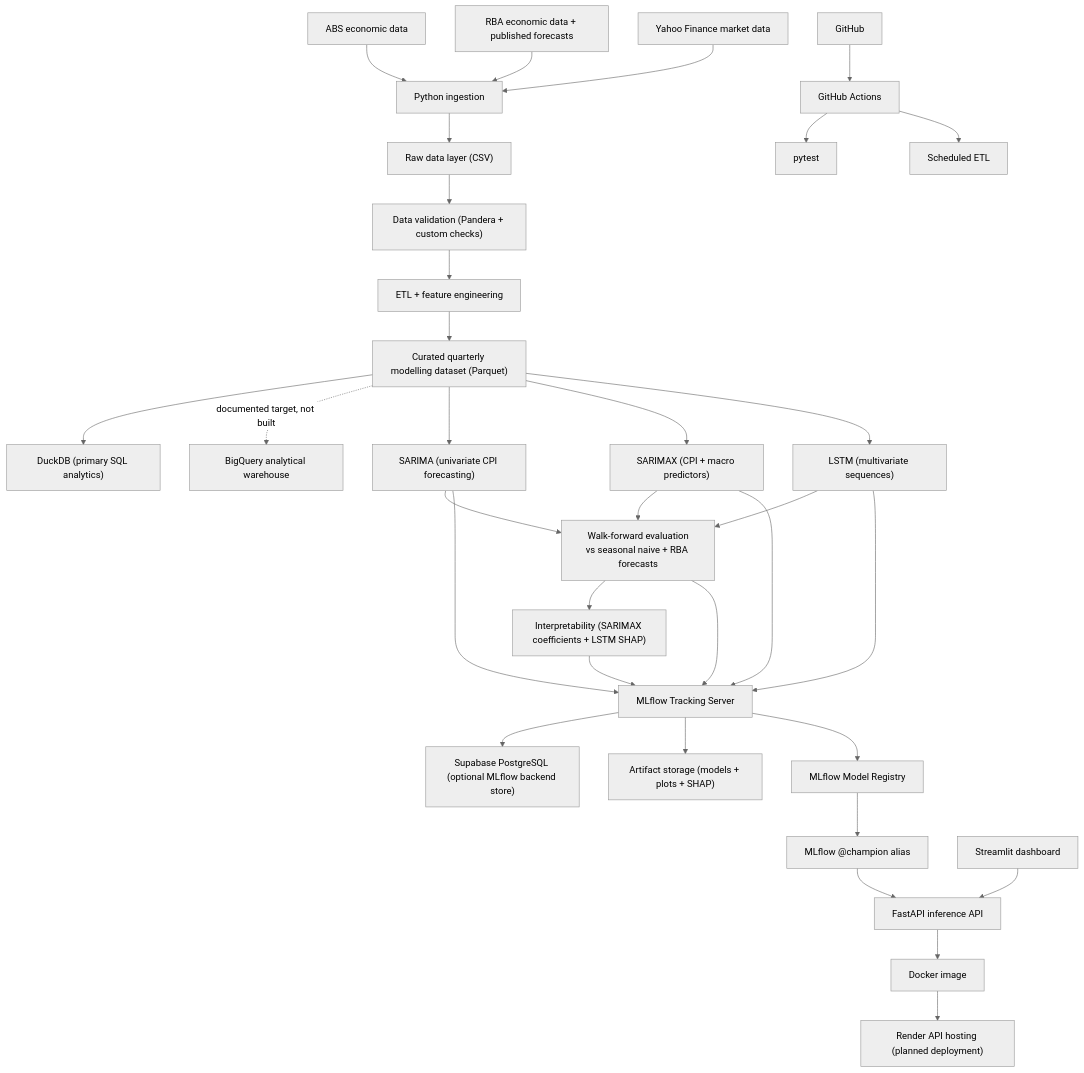
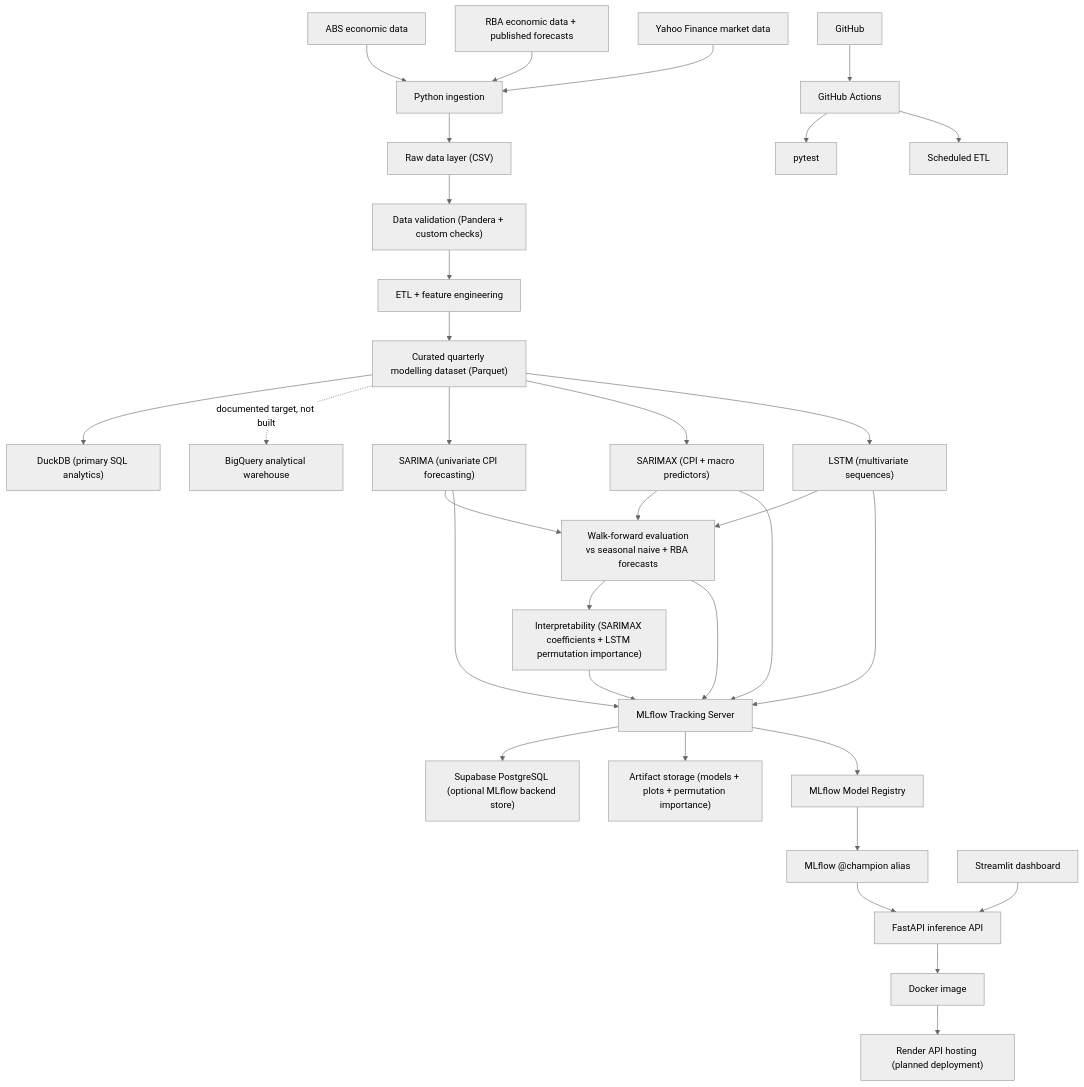
The diagram in README.md (JuanVu1810/Australian-CPI-Forecast), drawn with Mermaid (neutral theme) before and after one commit. The commit also changed other lines of this file and 6 other files, not shown here.

````diff
--- a/README.md
+++ b/README.md
@@ -337,46 +338,46 @@
 ```mermaid
 flowchart TD
     ABS["ABS economic data"] --> INGEST["Python ingestion"]
     RBA["RBA economic data + published forecasts"] --> INGEST
     YF["Yahoo Finance market data"] --> INGEST
 
     INGEST --> RAW["Raw data layer (CSV)"]
     RAW --> VALIDATE["Data validation (Pandera + custom checks)"]
     VALIDATE --> ETL["ETL + feature engineering"]
     ETL --> CURATED["Curated quarterly modelling dataset (Parquet)"]
 
     CURATED --> DUCKDB["DuckDB (primary SQL analytics)"]
     CURATED -. "documented target, not built" .-> BQ["BigQuery analytical warehouse"]
 
     CURATED --> SARIMA["SARIMA (univariate CPI forecasting)"]
     CURATED --> SARIMAX["SARIMAX (CPI + macro predictors)"]
     CURATED --> LSTM["LSTM (multivariate sequences)"]
 
     SARIMA --> EVAL["Walk-forward evaluation<br/>vs seasonal naive + RBA forecasts"]
     SARIMAX --> EVAL
     LSTM --> EVAL
 
-    EVAL --> INTERP["Interpretability (SARIMAX coefficients + LSTM SHAP)"]
+    EVAL --> INTERP["Interpretability (SARIMAX coefficients + LSTM permutation importance)"]
 
     SARIMA --> MLFLOW["MLflow Tracking Server"]
     SARIMAX --> MLFLOW
     LSTM --> MLFLOW
     EVAL --> MLFLOW
     INTERP --> MLFLOW
 
     MLFLOW --> POSTGRES["Supabase PostgreSQL (optional MLflow backend store)"]
-    MLFLOW --> ARTIFACTS["Artifact storage (models + plots + SHAP)"]
+    MLFLOW --> ARTIFACTS["Artifact storage (models + plots + permutation importance)"]
     MLFLOW --> REGISTRY["MLflow Model Registry"]
 
     REGISTRY --> CHAMPION["MLflow @champion alias"]
     CHAMPION --> API["FastAPI inference API"]
 
     STREAMLIT["Streamlit dashboard"] --> API
 
     API --> DOCKER["Docker image"]
     DOCKER --> RENDER["Render API hosting (planned deployment)"]
 
     GITHUB["GitHub"] --> ACTIONS["GitHub Actions"]
     ACTIONS --> TESTS["pytest"]
     ACTIONS --> SCHEDULE["Scheduled ETL"]
 ```
````
